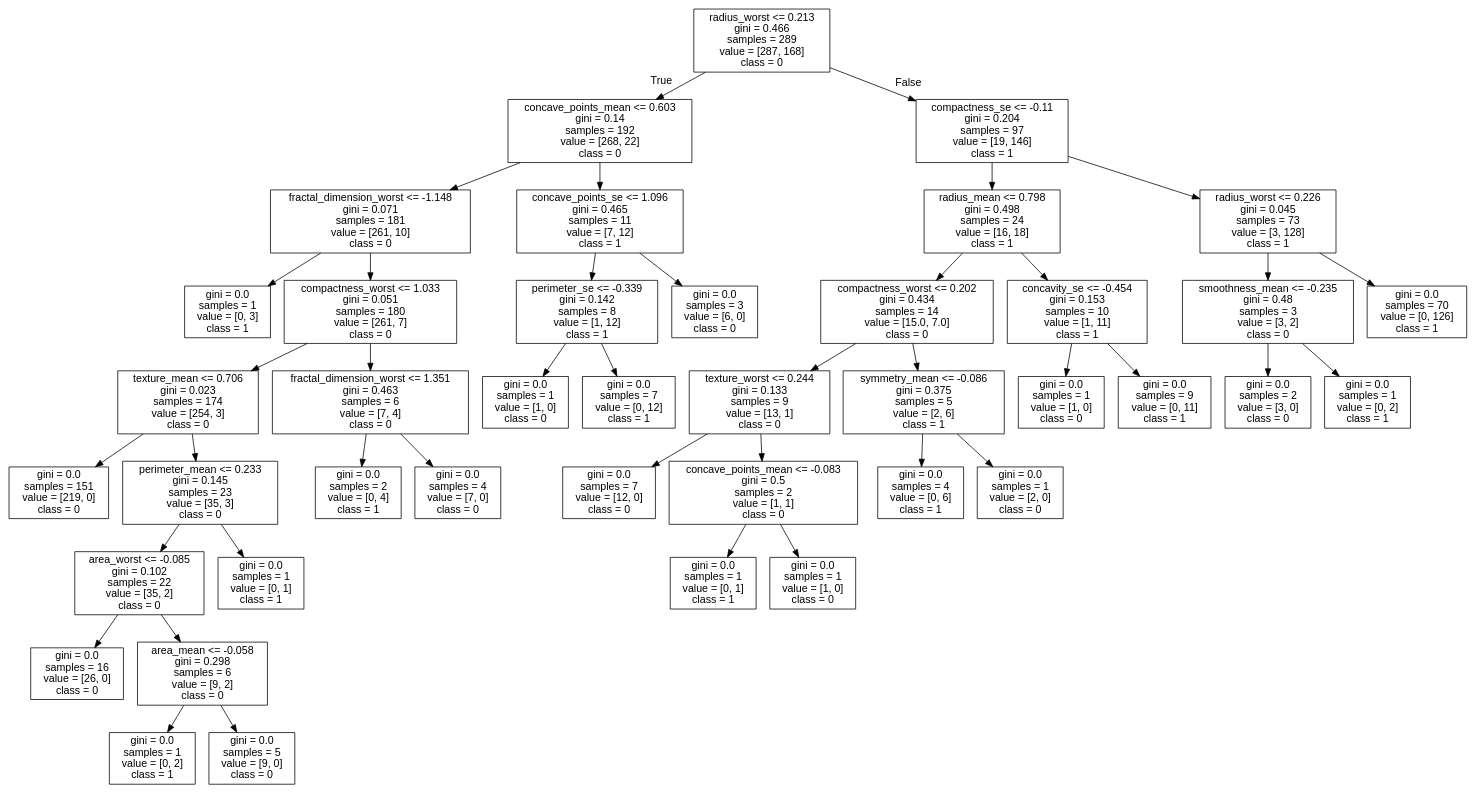
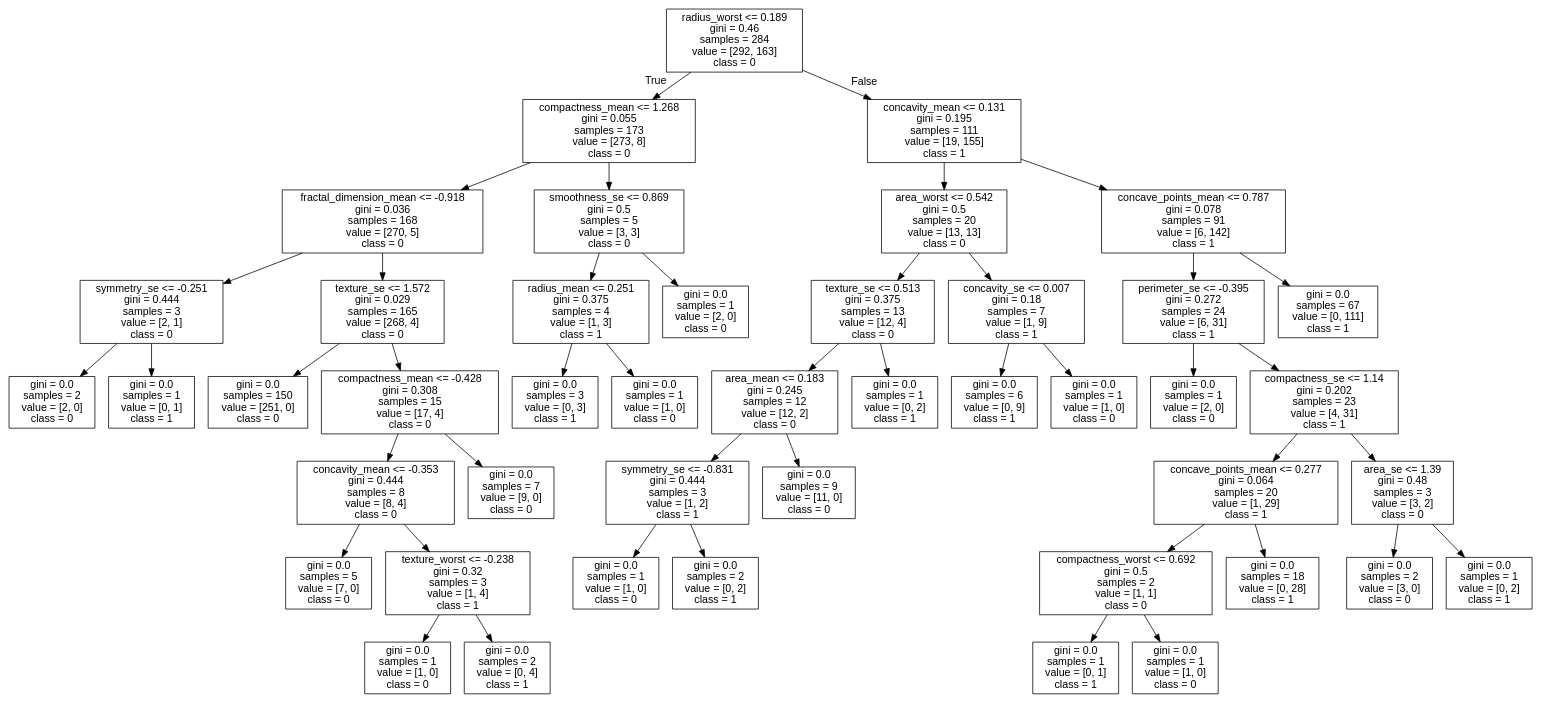
Before and after one commit to cyrilvincent/ML: the diagram in data/breast-cancer/tree.dot, drawn with Graphviz. The commit also changed 49 other files, not shown here.

```diff
--- a/data/breast-cancer/tree.dot
+++ b/data/breast-cancer/tree.dot
@@ -1,85 +1,93 @@
 digraph Tree {
 node [shape=box, fontname="helvetica"] ;
 edge [fontname="helvetica"] ;
-0 [label="radius_worst <= 0.213\ngini = 0.466\nsamples = 289\nvalue = [287, 168]\nclass = 0"] ;
-1 [label="concave_points_mean <= 0.603\ngini = 0.14\nsamples = 192\nvalue = [268, 22]\nclass = 0"] ;
+0 [label="radius_worst <= 0.189\ngini = 0.46\nsamples = 284\nvalue = [292, 163]\nclass = 0"] ;
+1 [label="compactness_mean <= 1.268\ngini = 0.055\nsamples = 173\nvalue = [273, 8]\nclass = 0"] ;
 0 -> 1 [labeldistance=2.5, labelangle=45, headlabel="True"] ;
-2 [label="fractal_dimension_worst <= -1.148\ngini = 0.071\nsamples = 181\nvalue = [261, 10]\nclass = 0"] ;
+2 [label="fractal_dimension_mean <= -0.918\ngini = 0.036\nsamples = 168\nvalue = [270, 5]\nclass = 0"] ;
 1 -> 2 ;
-3 [label="gini = 0.0\nsamples = 1\nvalue = [0, 3]\nclass = 1"] ;
+3 [label="symmetry_se <= -0.251\ngini = 0.444\nsamples = 3\nvalue = [2, 1]\nclass = 0"] ;
 2 -> 3 ;
-4 [label="compactness_worst <= 1.033\ngini = 0.051\nsamples = 180\nvalue = [261, 7]\nclass = 0"] ;
-2 -> 4 ;
-5 [label="texture_mean <= 0.706\ngini = 0.023\nsamples = 174\nvalue = [254, 3]\nclass = 0"] ;
-4 -> 5 ;
-6 [label="gini = 0.0\nsamples = 151\nvalue = [219, 0]\nclass = 0"] ;
-5 -> 6 ;
-7 [label="perimeter_mean <= 0.233\ngini = 0.145\nsamples = 23\nvalue = [35, 3]\nclass = 0"] ;
-5 -> 7 ;
-8 [label="area_worst <= -0.085\ngini = 0.102\nsamples = 22\nvalue = [35, 2]\nclass = 0"] ;
-7 -> 8 ;
-9 [label="gini = 0.0\nsamples = 16\nvalue = [26, 0]\nclass = 0"] ;
+4 [label="gini = 0.0\nsamples = 2\nvalue = [2, 0]\nclass = 0"] ;
+3 -> 4 ;
+5 [label="gini = 0.0\nsamples = 1\nvalue = [0, 1]\nclass = 1"] ;
+3 -> 5 ;
+6 [label="texture_se <= 1.572\ngini = 0.029\nsamples = 165\nvalue = [268, 4]\nclass = 0"] ;
+2 -> 6 ;
+7 [label="gini = 0.0\nsamples = 150\nvalue = [251, 0]\nclass = 0"] ;
+6 -> 7 ;
+8 [label="compactness_mean <= -0.428\ngini = 0.308\nsamples = 15\nvalue = [17, 4]\nclass = 0"] ;
+6 -> 8 ;
+9 [label="concavity_mean <= -0.353\ngini = 0.444\nsamples = 8\nvalue = [8, 4]\nclass = 0"] ;
 8 -> 9 ;
-10 [label="area_mean <= -0.058\ngini = 0.298\nsamples = 6\nvalue = [9, 2]\nclass = 0"] ;
-8 -> 10 ;
-11 [label="gini = 0.0\nsamples = 1\nvalue = [0, 2]\nclass = 1"] ;
-10 -> 11 ;
-12 [label="gini = 0.0\nsamples = 5\nvalue = [9, 0]\nclass = 0"] ;
-10 -> 12 ;
-13 [label="gini = 0.0\nsamples = 1\nvalue = [0, 1]\nclass = 1"] ;
-7 -> 13 ;
-14 [label="fractal_dimension_worst <= 1.351\ngini = 0.463\nsamples = 6\nvalue = [7, 4]\nclass = 0"] ;
-4 -> 14 ;
-15 [label="gini = 0.0\nsamples = 2\nvalue = [0, 4]\nclass = 1"] ;
-14 -> 15 ;
-16 [label="gini = 0.0\nsamples = 4\nvalue = [7, 0]\nclass = 0"] ;
-14 -> 16 ;
-17 [label="concave_points_se <= 1.096\ngini = 0.465\nsamples = 11\nvalue = [7, 12]\nclass = 1"] ;
-1 -> 17 ;
-18 [label="perimeter_se <= -0.339\ngini = 0.142\nsamples = 8\nvalue = [1, 12]\nclass = 1"] ;
-17 -> 18 ;
-19 [label="gini = 0.0\nsamples = 1\nvalue = [1, 0]\nclass = 0"] ;
-18 -> 19 ;
-20 [label="gini = 0.0\nsamples = 7\nvalue = [0, 12]\nclass = 1"] ;
-18 -> 20 ;
-21 [label="gini = 0.0\nsamples = 3\nvalue = [6, 0]\nclass = 0"] ;
-17 -> 21 ;
-22 [label="compactness_se <= -0.11\ngini = 0.204\nsamples = 97\nvalue = [19, 146]\nclass = 1"] ;
-0 -> 22 [labeldistance=2.5, labelangle=-45, headlabel="False"] ;
-23 [label="radius_mean <= 0.798\ngini = 0.498\nsamples = 24\nvalue = [16, 18]\nclass = 1"] ;
+10 [label="gini = 0.0\nsamples = 5\nvalue = [7, 0]\nclass = 0"] ;
+9 -> 10 ;
+11 [label="texture_worst <= -0.238\ngini = 0.32\nsamples = 3\nvalue = [1, 4]\nclass = 1"] ;
+9 -> 11 ;
+12 [label="gini = 0.0\nsamples = 1\nvalue = [1, 0]\nclass = 0"] ;
+11 -> 12 ;
+13 [label="gini = 0.0\nsamples = 2\nvalue = [0, 4]\nclass = 1"] ;
+11 -> 13 ;
+14 [label="gini = 0.0\nsamples = 7\nvalue = [9, 0]\nclass = 0"] ;
+8 -> 14 ;
+15 [label="smoothness_se <= 0.869\ngini = 0.5\nsamples = 5\nvalue = [3, 3]\nclass = 0"] ;
+1 -> 15 ;
+16 [label="radius_mean <= 0.251\ngini = 0.375\nsamples = 4\nvalue = [1, 3]\nclass = 1"] ;
+15 -> 16 ;
+17 [label="gini = 0.0\nsamples = 3\nvalue = [0, 3]\nclass = 1"] ;
+16 -> 17 ;
+18 [label="gini = 0.0\nsamples = 1\nvalue = [1, 0]\nclass = 0"] ;
+16 -> 18 ;
+19 [label="gini = 0.0\nsamples = 1\nvalue = [2, 0]\nclass = 0"] ;
+15 -> 19 ;
+20 [label="concavity_mean <= 0.131\ngini = 0.195\nsamples = 111\nvalue = [19, 155]\nclass = 1"] ;
+0 -> 20 [labeldistance=2.5, labelangle=-45, headlabel="False"] ;
+21 [label="area_worst <= 0.542\ngini = 0.5\nsamples = 20\nvalue = [13, 13]\nclass = 0"] ;
+20 -> 21 ;
+22 [label="texture_se <= 0.513\ngini = 0.375\nsamples = 13\nvalue = [12, 4]\nclass = 0"] ;
+21 -> 22 ;
+23 [label="area_mean <= 0.183\ngini = 0.245\nsamples = 12\nvalue = [12, 2]\nclass = 0"] ;
 22 -> 23 ;
-24 [label="compactness_worst <= 0.202\ngini = 0.434\nsamples = 14\nvalue = [15.0, 7.0]\nclass = 0"] ;
+24 [label="symmetry_se <= -0.831\ngini = 0.444\nsamples = 3\nvalue = [1, 2]\nclass = 1"] ;
 23 -> 24 ;
-25 [label="texture_worst <= 0.244\ngini = 0.133\nsamples = 9\nvalue = [13, 1]\nclass = 0"] ;
+25 [label="gini = 0.0\nsamples = 1\nvalue = [1, 0]\nclass = 0"] ;
 24 -> 25 ;
-26 [label="gini = 0.0\nsamples = 7\nvalue = [12, 0]\nclass = 0"] ;
-25 -> 26 ;
-27 [label="concave_points_mean <= -0.083\ngini = 0.5\nsamples = 2\nvalue = [1, 1]\nclass = 0"] ;
-25 -> 27 ;
-28 [label="gini = 0.0\nsamples = 1\nvalue = [0, 1]\nclass = 1"] ;
-27 -> 28 ;
-29 [label="gini = 0.0\nsamples = 1\nvalue = [1, 0]\nclass = 0"] ;
-27 -> 29 ;
-30 [label="symmetry_mean <= -0.086\ngini = 0.375\nsamples = 5\nvalue = [2, 6]\nclass = 1"] ;
-24 -> 30 ;
-31 [label="gini = 0.0\nsamples = 4\nvalue = [0, 6]\nclass = 1"] ;
-30 -> 31 ;
-32 [label="gini = 0.0\nsamples = 1\nvalue = [2, 0]\nclass = 0"] ;
-30 -> 32 ;
-33 [label="concavity_se <= -0.454\ngini = 0.153\nsamples = 10\nvalue = [1, 11]\nclass = 1"] ;
-23 -> 33 ;
-34 [label="gini = 0.0\nsamples = 1\nvalue = [1, 0]\nclass = 0"] ;
+26 [label="gini = 0.0\nsamples = 2\nvalue = [0, 2]\nclass = 1"] ;
+24 -> 26 ;
+27 [label="gini = 0.0\nsamples = 9\nvalue = [11, 0]\nclass = 0"] ;
+23 -> 27 ;
+28 [label="gini = 0.0\nsamples = 1\nvalue = [0, 2]\nclass = 1"] ;
+22 -> 28 ;
+29 [label="concavity_se <= 0.007\ngini = 0.18\nsamples = 7\nvalue = [1, 9]\nclass = 1"] ;
+21 -> 29 ;
+30 [label="gini = 0.0\nsamples = 6\nvalue = [0, 9]\nclass = 1"] ;
+29 -> 30 ;
+31 [label="gini = 0.0\nsamples = 1\nvalue = [1, 0]\nclass = 0"] ;
+29 -> 31 ;
+32 [label="concave_points_mean <= 0.787\ngini = 0.078\nsamples = 91\nvalue = [6, 142]\nclass = 1"] ;
+20 -> 32 ;
+33 [label="perimeter_se <= -0.395\ngini = 0.272\nsamples = 24\nvalue = [6, 31]\nclass = 1"] ;
+32 -> 33 ;
+34 [label="gini = 0.0\nsamples = 1\nvalue = [2, 0]\nclass = 0"] ;
 33 -> 34 ;
-35 [label="gini = 0.0\nsamples = 9\nvalue = [0, 11]\nclass = 1"] ;
+35 [label="compactness_se <= 1.14\ngini = 0.202\nsamples = 23\nvalue = [4, 31]\nclass = 1"] ;
 33 -> 35 ;
-36 [label="radius_worst <= 0.226\ngini = 0.045\nsamples = 73\nvalue = [3, 128]\nclass = 1"] ;
-22 -> 36 ;
-37 [label="smoothness_mean <= -0.235\ngini = 0.48\nsamples = 3\nvalue = [3, 2]\nclass = 0"] ;
+36 [label="concave_points_mean <= 0.277\ngini = 0.064\nsamples = 20\nvalue = [1, 29]\nclass = 1"] ;
+35 -> 36 ;
+37 [label="compactness_worst <= 0.692\ngini = 0.5\nsamples = 2\nvalue = [1, 1]\nclass = 0"] ;
 36 -> 37 ;
-38 [label="gini = 0.0\nsamples = 2\nvalue = [3, 0]\nclass = 0"] ;
+38 [label="gini = 0.0\nsamples = 1\nvalue = [0, 1]\nclass = 1"] ;
 37 -> 38 ;
-39 [label="gini = 0.0\nsamples = 1\nvalue = [0, 2]\nclass = 1"] ;
+39 [label="gini = 0.0\nsamples = 1\nvalue = [1, 0]\nclass = 0"] ;
 37 -> 39 ;
-40 [label="gini = 0.0\nsamples = 70\nvalue = [0, 126]\nclass = 1"] ;
+40 [label="gini = 0.0\nsamples = 18\nvalue = [0, 28]\nclass = 1"] ;
 36 -> 40 ;
+41 [label="area_se <= 1.39\ngini = 0.48\nsamples = 3\nvalue = [3, 2]\nclass = 0"] ;
+35 -> 41 ;
+42 [label="gini = 0.0\nsamples = 2\nvalue = [3, 0]\nclass = 0"] ;
+41 -> 42 ;
+43 [label="gini = 0.0\nsamples = 1\nvalue = [0, 2]\nclass = 1"] ;
+41 -> 43 ;
+44 [label="gini = 0.0\nsamples = 67\nvalue = [0, 111]\nclass = 1"] ;
+32 -> 44 ;
 }
```
